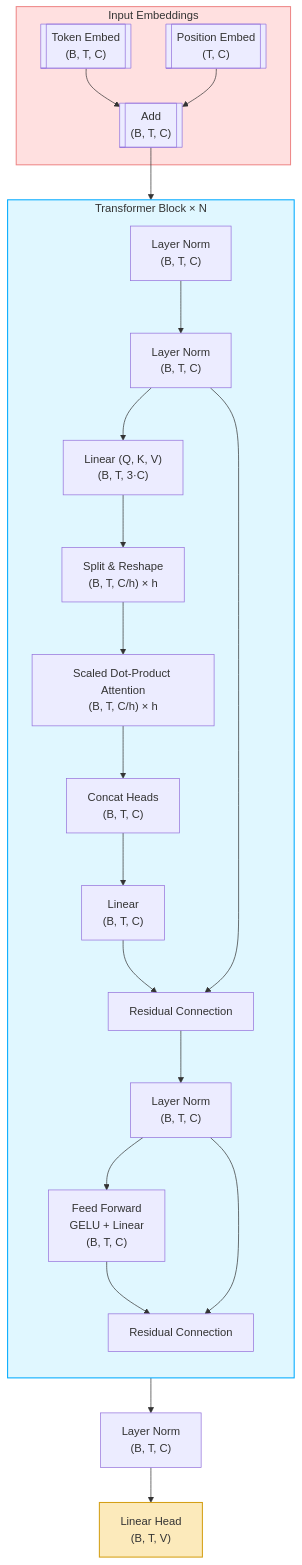
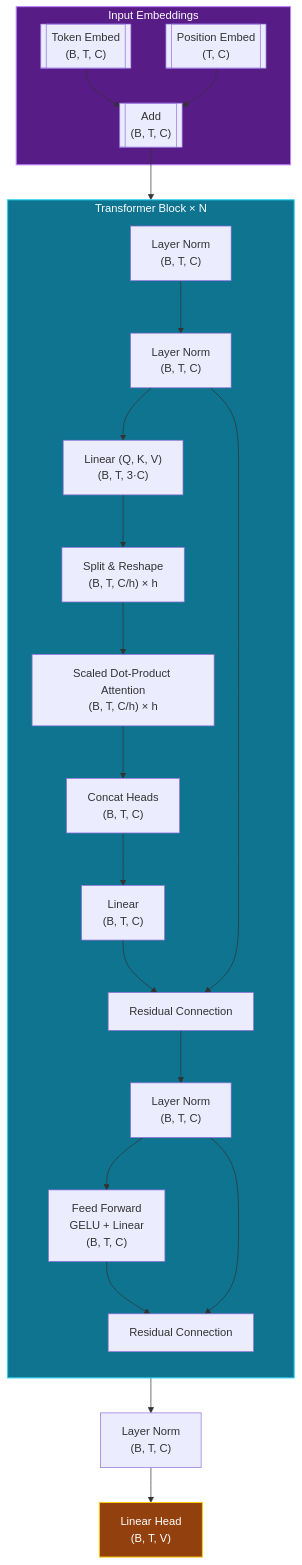
The first of 2 diagrams in README.md (Reidmen/jnanogpt), drawn with Mermaid before and after one commit. The commit also changed other lines of this file, not shown here.

Commit message:
better mermaid code for dark theme

````diff
--- a/README.md
+++ b/README.md
@@ -82,50 +82,51 @@
 ```mermaid
 flowchart TD
     subgraph Embed["Input Embeddings"]
         TokenEmbed[["Token Embed<br/>(B, T, C)"]]
         PosEmbed[["Position Embed<br/>(T, C)"]]
         AddPos[["Add<br/>(B, T, C)"]]
         TokenEmbed --> AddPos
         PosEmbed --> AddPos
     end
 
     AddPos --> LN0["Layer Norm<br/>(B, T, C)"]
 
     subgraph Block["Transformer Block × N"]
         direction TB
 
         %% Self-Attention
         LN1["Layer Norm<br/>(B, T, C)"]
         LinearQKV["Linear (Q, K, V)<br/>(B, T, 3·C)"]
         SplitHeads["Split & Reshape<br/>(B, T, C/h) × h"]
         SDPA["Scaled Dot-Product Attention<br/>(B, T, C/h) × h"]
         ConcatHeads["Concat Heads<br/>(B, T, C)"]
         LinearProj["Linear<br/>(B, T, C)"]
         Residual1["Residual Connection"]
 
         %% MLP
         LN2["Layer Norm<br/>(B, T, C)"]
         FF["Feed Forward<br/>GELU + Linear<br/>(B, T, C)"]
         Residual2["Residual Connection"]
 
         LN0 --> LN1
         LN1 --> LinearQKV
         LinearQKV --> SplitHeads
         SplitHeads --> SDPA
         SDPA --> ConcatHeads
         ConcatHeads --> LinearProj
         LinearProj --> Residual1
         LN1 --> Residual1
         Residual1 --> LN2
         LN2 --> FF
         FF --> Residual2
         LN2 --> Residual2
     end
 
     Residual2 --> FinalLN["Layer Norm<br/>(B, T, C)"]
     FinalLN --> LMHead["Linear Head<br/>(B, T, V)"]
 
-    style Embed fill:#ffe0e0,stroke:#e88,stroke-width:1.5px
-    style Block fill:#e0f7ff,stroke:#00aaff,stroke-width:1.5px
-    style LMHead fill:#fceabb,stroke:#d4a017,stroke-width:1.5px
+    %% Updated styles for dark mode
+    style Embed fill:#581C87,stroke:#C084FC,stroke-width:1.5px,color:#FFFFFF
+    style Block fill:#0E7490,stroke:#22D3EE,stroke-width:1.5px,color:#FFFFFF
+    style LMHead fill:#92400E,stroke:#FACC15,stroke-width:1.5px,color:#FFFFFF
 ```
````
